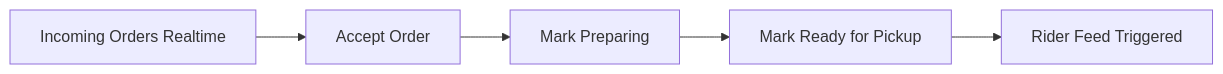
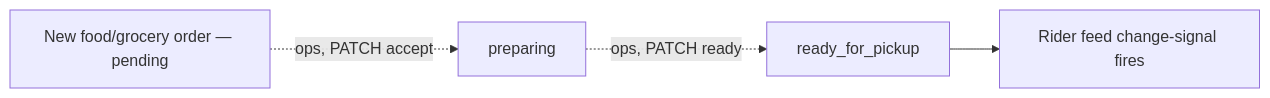
One commit to xzen-projects/cartman-ph-docs changed the eighth of 13 diagrams in docs/breakdown/flows.md. Above: the diagram before and after it, drawn with Mermaid. The commit also changed other lines of this file and 3 other files, not shown here.

First line of the commit message:
docs: mirror architecture reconciliation into breakdown docs

````diff
--- a/docs/breakdown/flows.md
+++ b/docs/breakdown/flows.md
@@ -275,7 +247,6 @@
 ```mermaid
 flowchart LR
-  Incoming[Incoming Orders Realtime] --> Accept[Accept Order]
-  Accept --> Prepare[Mark Preparing]
-  Prepare --> Ready[Mark Ready for Pickup]
-  Ready --> Broadcast[Rider Feed Triggered]
+  Incoming[New food/grocery order — pending] -.->|ops, PATCH accept| Accept[preparing]
+  Accept -.->|ops, PATCH ready| Ready[ready_for_pickup]
+  Ready --> Broadcast[Rider feed change-signal fires]
 ```
````
